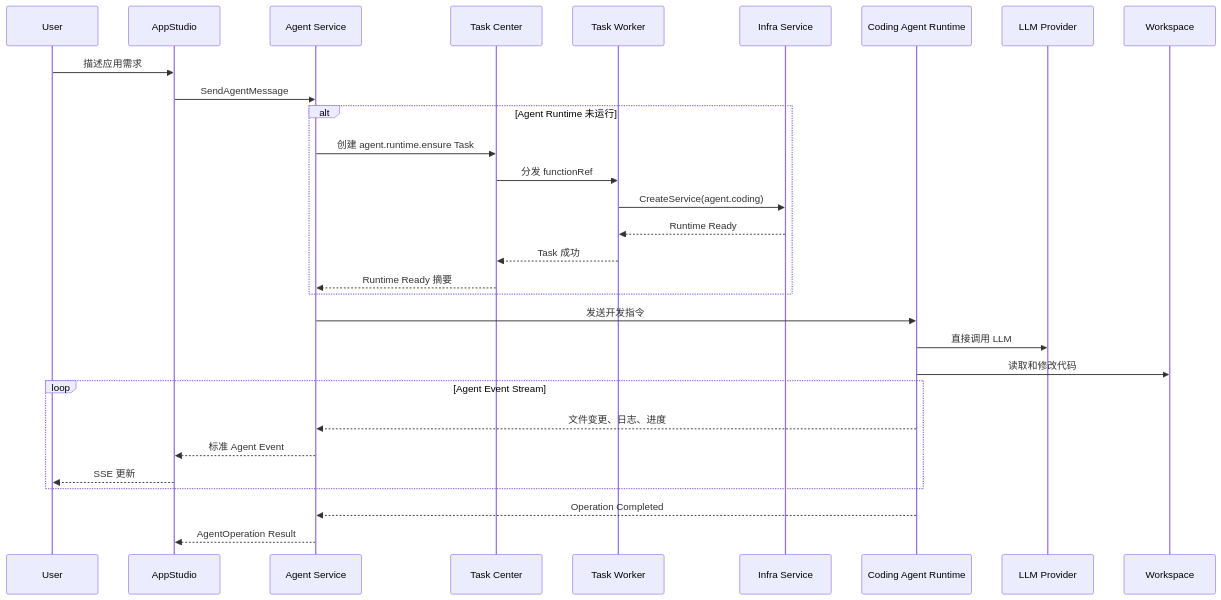
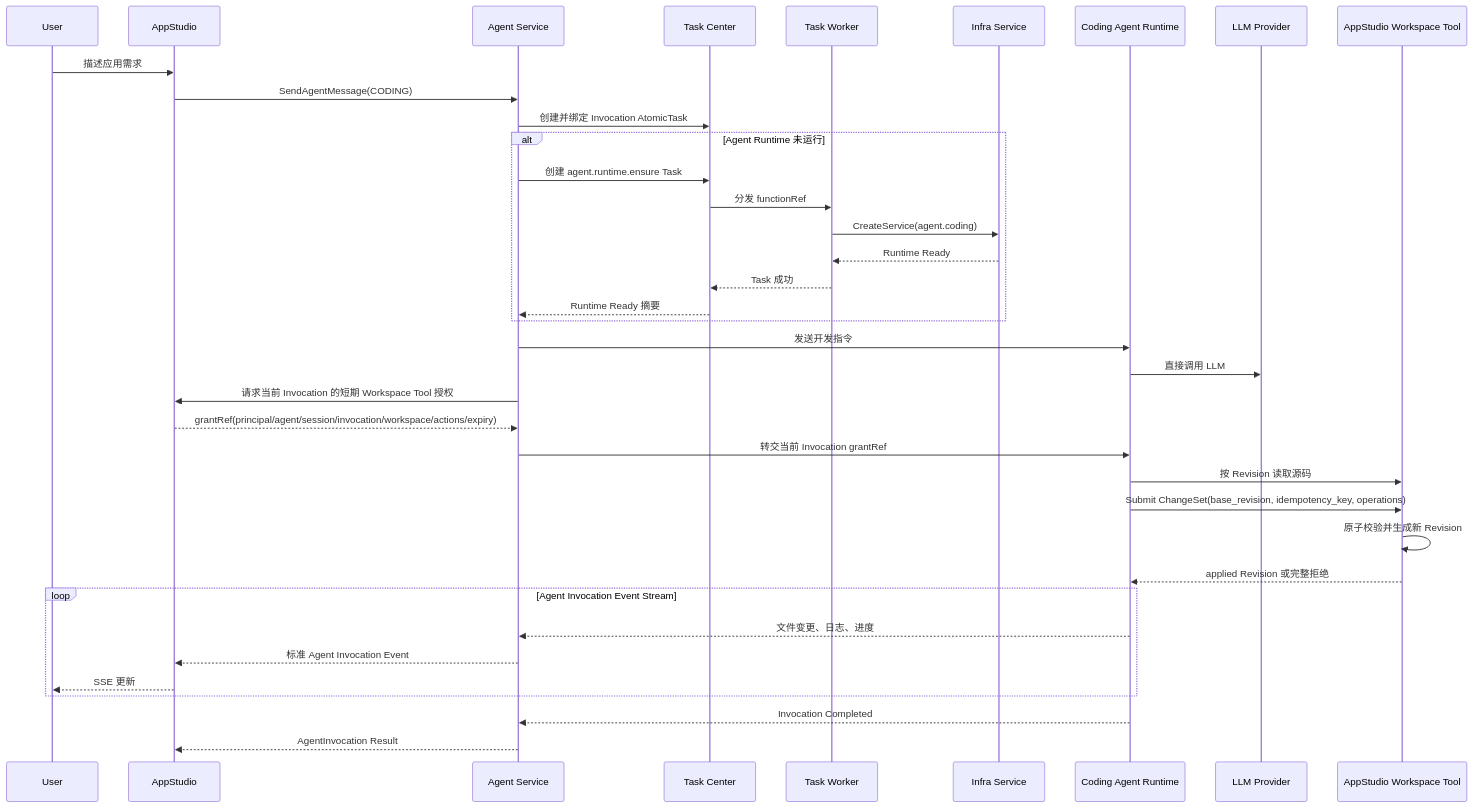
The fourth of 11 diagrams in 00_product/domains/appstudio/product-spec.md (wangweihong/omnimam-spec), drawn with Mermaid before and after one commit. The commit also changed other lines of this file and 38 other files, not shown here.

Commit message:
spec: release agent appstudio infrastructure task registry

````diff
--- a/00_product/domains/appstudio/product-spec.md
+++ b/00_product/domains/appstudio/product-spec.md
@@ -1040,37 +1064,44 @@
 ```mermaid
 sequenceDiagram
     participant U as User
     participant ST as AppStudio
     participant AS as Agent Service
     participant TC as Task Center
     participant TW as Task Worker
     participant INFRA as Infra Service
     participant AR as Coding Agent Runtime
     participant LLM as LLM Provider
-    participant WS as Workspace
+    participant WT as AppStudio Workspace Tool
 
     U->>ST: 描述应用需求
-    ST->>AS: SendAgentMessage
+    ST->>AS: SendAgentMessage(CODING)
+    AS->>TC: 创建并绑定 Invocation AtomicTask
 
     alt Agent Runtime 未运行
         AS->>TC: 创建 agent.runtime.ensure Task
         TC->>TW: 分发 functionRef
         TW->>INFRA: CreateService(agent.coding)
         INFRA-->>TW: Runtime Ready
         TW-->>TC: Task 成功
         TC-->>AS: Runtime Ready 摘要
     end
 
     AS->>AR: 发送开发指令
     AR->>LLM: 直接调用 LLM
-    AR->>WS: 读取和修改代码
+    AS->>ST: 请求当前 Invocation 的短期 Workspace Tool 授权
+    ST-->>AS: grantRef(principal/agent/session/invocation/workspace/actions/expiry)
+    AS->>AR: 转交当前 Invocation grantRef
+    AR->>WT: 按 Revision 读取源码
+    AR->>WT: Submit ChangeSet(base_revision, idempotency_key, operations)
+    WT->>WT: 原子校验并生成新 Revision
+    WT-->>AR: applied Revision 或完整拒绝
 
-    loop Agent Event Stream
+    loop Agent Invocation Event Stream
         AR-->>AS: 文件变更、日志、进度
-        AS-->>ST: 标准 Agent Event
+        AS-->>ST: 标准 Agent Invocation Event
         ST-->>U: SSE 更新
     end
 
-    AR-->>AS: Operation Completed
-    AS-->>ST: AgentOperation Result
+    AR-->>AS: Invocation Completed
+    AS-->>ST: AgentInvocation Result
 ```
````
